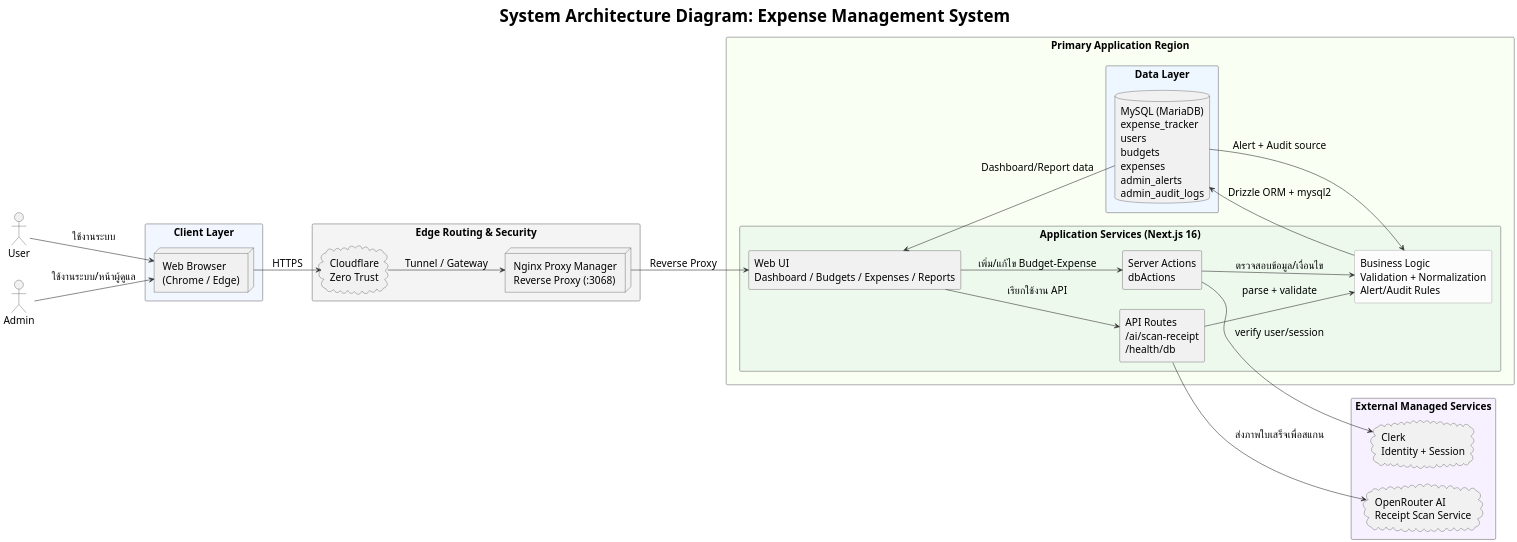
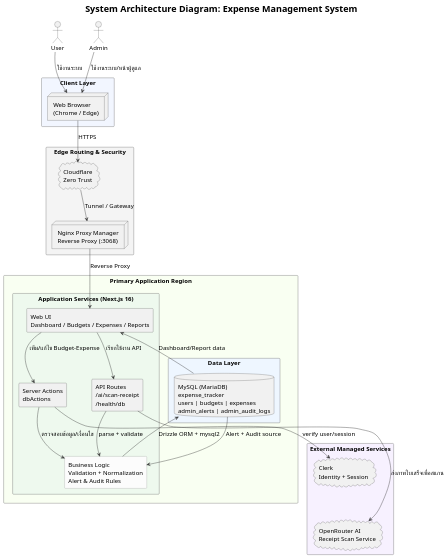
Before and after one commit to wotpc2025/Expense-Tracker-System: the diagram in docs/system-diagram.puml, drawn with PlantUML.

Commit message:
docs: optimize system diagram layout for PNG export

```diff
--- a/docs/system-diagram.puml
+++ b/docs/system-diagram.puml
@@ -1,69 +1,72 @@
 @startuml ExpenseManagementSystemDiagram
-left to right direction
+top to bottom direction
+scale max 1600 width
 
 skinparam defaultFontName Tahoma
-skinparam defaultFontSize 18
-skinparam titleFontSize 30
-skinparam dpi 180
+skinparam defaultFontSize 16
+skinparam titleFontSize 24
+skinparam dpi 120
 skinparam shadowing false
 skinparam backgroundColor white
 skinparam packageStyle rectangle
 skinparam componentStyle rectangle
 skinparam ArrowColor #2f2f2f
 skinparam packageBorderColor #8a8a8a
 skinparam packageBackgroundColor #f7f7f7
 skinparam RectangleBorderColor #6f6f6f
 skinparam RectangleBackgroundColor #fcfcfc
 
 title System Architecture Diagram: Expense Management System
 
 actor "User" as USER
 actor "Admin" as ADMIN
 
 package "Client Layer" #f2f6ff {
 	node "Web Browser\n(Chrome / Edge)" as BROWSER
 }
 
 package "Edge Routing & Security" #f4f4f4 {
 	cloud "Cloudflare\nZero Trust" as CF
 	node "Nginx Proxy Manager\nReverse Proxy (:3068)" as NGINX
 }
 
 package "Primary Application Region" #f9fff2 {
 	package "Application Services (Next.js 16)" #eef9ee {
 		component "Web UI\nDashboard / Budgets / Expenses / Reports" as WEBUI
 		component "Server Actions\ndbActions" as ACTIONS
 		component "API Routes\n/ai/scan-receipt\n/health/db" as API
-		rectangle "Business Logic\nValidation + Normalization\nAlert/Audit Rules" as LOGIC
+		rectangle "Business Logic\nValidation + Normalization\nAlert & Audit Rules" as LOGIC
 	}
 
 	package "Data Layer" #eef6ff {
-		database "MySQL (MariaDB)\nexpense_tracker\nusers\nbudgets\nexpenses\nadmin_alerts\nadmin_audit_logs" as DB
+		database "MySQL (MariaDB)\nexpense_tracker\nusers | budgets | expenses\nadmin_alerts | admin_audit_logs" as DB
 	}
 }
 
 package "External Managed Services" #f7f1ff {
 	cloud "Clerk\nIdentity + Session" as CLERK
 	cloud "OpenRouter AI\nReceipt Scan Service" as OAI
 }
 
 USER --> BROWSER : ใช้งานระบบ
 ADMIN --> BROWSER : ใช้งานระบบ/หน้าผู้ดูแล
 
 BROWSER --> CF : HTTPS
 CF --> NGINX : Tunnel / Gateway
 NGINX --> WEBUI : Reverse Proxy
 
 WEBUI --> ACTIONS : เพิ่ม/แก้ไข Budget-Expense
 WEBUI --> API : เรียกใช้งาน API
 ACTIONS --> LOGIC : ตรวจสอบข้อมูล/เงื่อนไข
 API --> LOGIC : parse + validate
 
 LOGIC --> DB : Drizzle ORM + mysql2
-API --> OAI : ส่งภาพใบเสร็จเพื่อสแกน
-ACTIONS --> CLERK : verify user/session
+API -down-> OAI : ส่งภาพใบเสร็จเพื่อสแกน
+ACTIONS -down-> CLERK : verify user/session
 
 DB --> WEBUI : Dashboard/Report data
 DB --> LOGIC : Alert + Audit source
 
+CLERK -[hidden]- OAI
+
 @enduml
```
